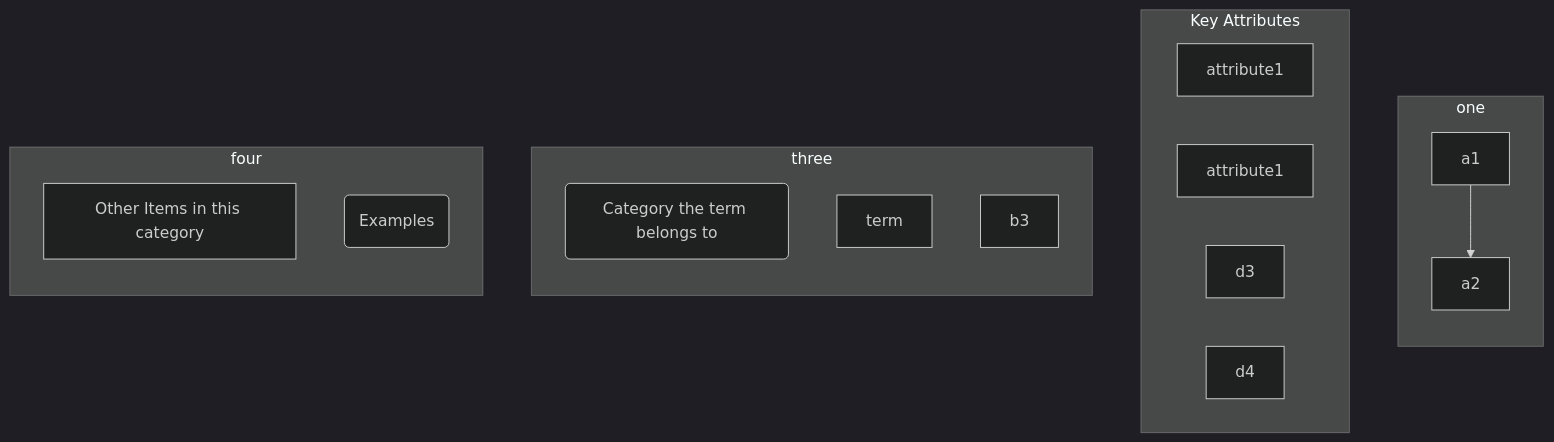
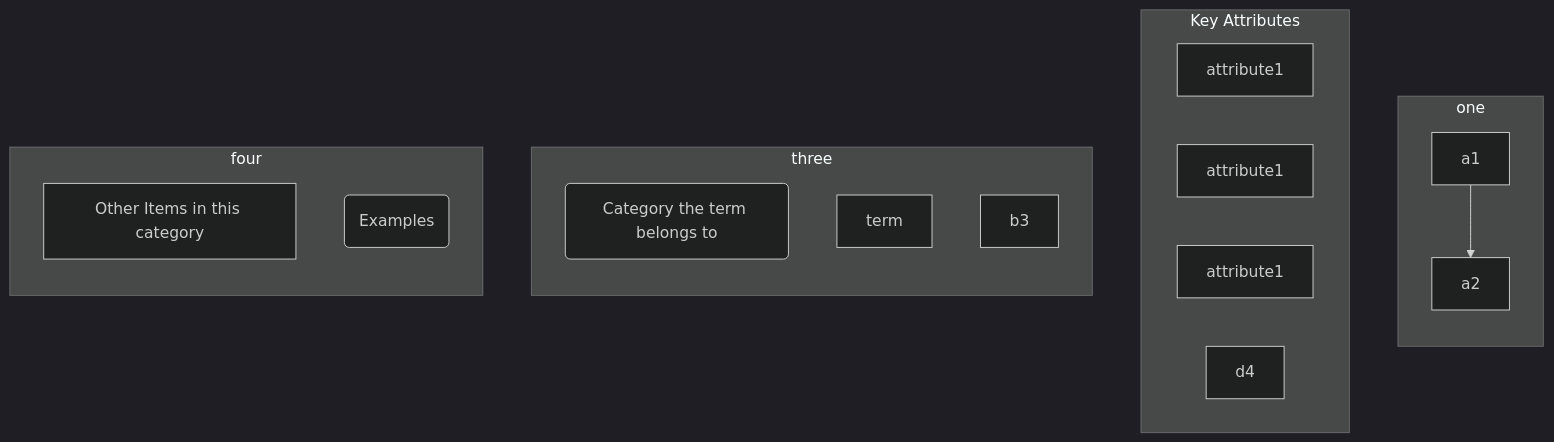
One commit to gerbssusd/dok changed the diagram in slides.md. Above: the diagram before and after it, drawn with Mermaid (dark theme).

````diff
--- a/slides.md
+++ b/slides.md
@@ -217,30 +217,30 @@
 ```mermaid
 flowchart TB
     subgraph one 
      direction TB
     a1-->a2
      end
     subgraph Key Attributes
      d1[attribute1]
      d2[attribute1]
-     d3
+     d3[attribute1]
      d4
      end
     subgraph three
       direction TB
         b1(Category the term belongs to)
         b2[term]
         b3 
         end
     subgraph four
       direction TB
     c1[Other Items in this category] 
     c2(Examples)
     end
 
 
 
 
 
 
 ```
````
